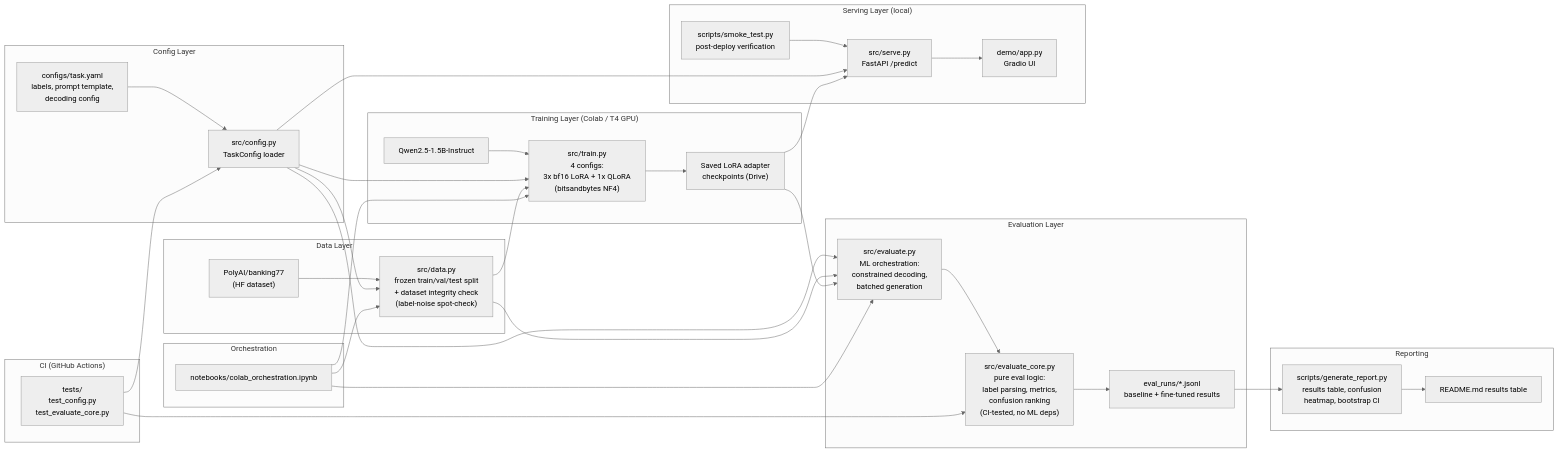
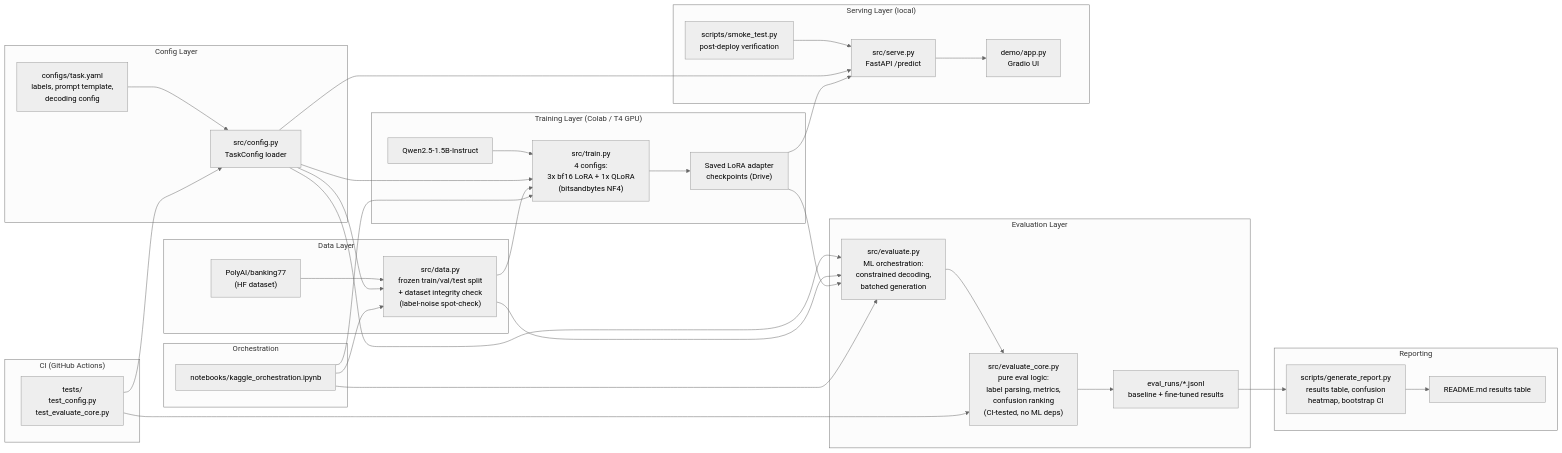
The diagram in diagrams/architecture.mmd (V1cky16112003/banking77-lora-finetuning), drawn with Mermaid (neutral theme) before and after one commit. The commit also changed 4 other files, not shown here.

First line of the commit message:
Move orchestration notebook from Colab to Kaggle and fail fast on setup errors

```diff
--- a/diagrams/architecture.mmd
+++ b/diagrams/architecture.mmd
@@ -1,70 +1,70 @@
 graph LR
     subgraph CONFIG["Config Layer"]
         TASKYAML["configs/task.yaml<br/>labels, prompt template,<br/>decoding config"]
         CONFIGPY["src/config.py<br/>TaskConfig loader"]
         TASKYAML --> CONFIGPY
     end
 
     subgraph DATA["Data Layer"]
         RAWDS["PolyAI/banking77<br/>(HF dataset)"]
         DATAPY["src/data.py<br/>frozen train/val/test split<br/>+ dataset integrity check<br/>(label-noise spot-check)"]
         RAWDS --> DATAPY
     end
 
     subgraph TRAIN["Training Layer (Colab / T4 GPU)"]
         BASEMODEL["Qwen2.5-1.5B-Instruct"]
         TRAINPY["src/train.py<br/>4 configs:<br/>3x bf16 LoRA + 1x QLoRA<br/>(bitsandbytes NF4)"]
         CKPT["Saved LoRA adapter<br/>checkpoints (Drive)"]
         BASEMODEL --> TRAINPY
         TRAINPY --> CKPT
     end
 
     subgraph EVAL["Evaluation Layer"]
         EVALCORE["src/evaluate_core.py<br/>pure eval logic:<br/>label parsing, metrics,<br/>confusion ranking<br/>(CI-tested, no ML deps)"]
         EVALPY["src/evaluate.py<br/>ML orchestration:<br/>constrained decoding,<br/>batched generation"]
         EVALJSON["eval_runs/*.jsonl<br/>baseline + fine-tuned results"]
         EVALPY --> EVALCORE
         EVALCORE --> EVALJSON
     end
 
     subgraph SERVE["Serving Layer (local)"]
         SERVEPY["src/serve.py<br/>FastAPI /predict"]
         DEMOAPP["demo/app.py<br/>Gradio UI"]
         SMOKETEST["scripts/smoke_test.py<br/>post-deploy verification"]
         SERVEPY --> DEMOAPP
         SMOKETEST --> SERVEPY
     end
 
     subgraph REPORT["Reporting"]
         GENREPORT["scripts/generate_report.py<br/>results table, confusion<br/>heatmap, bootstrap CI"]
         README["README.md results table"]
         GENREPORT --> README
     end
 
     subgraph ORCH["Orchestration"]
-        NOTEBOOK["notebooks/colab_orchestration.ipynb"]
+        NOTEBOOK["notebooks/kaggle_orchestration.ipynb"]
     end
 
     subgraph CI["CI (GitHub Actions)"]
         TESTS["tests/<br/>test_config.py<br/>test_evaluate_core.py"]
     end
 
     CONFIGPY --> DATAPY
     CONFIGPY --> TRAINPY
     CONFIGPY --> EVALPY
     CONFIGPY --> SERVEPY
 
     DATAPY --> TRAINPY
     DATAPY --> EVALPY
 
     CKPT --> EVALPY
     CKPT --> SERVEPY
 
     EVALJSON --> GENREPORT
 
     NOTEBOOK --> DATAPY
     NOTEBOOK --> TRAINPY
     NOTEBOOK --> EVALPY
 
     TESTS --> EVALCORE
     TESTS --> CONFIGPY
```
